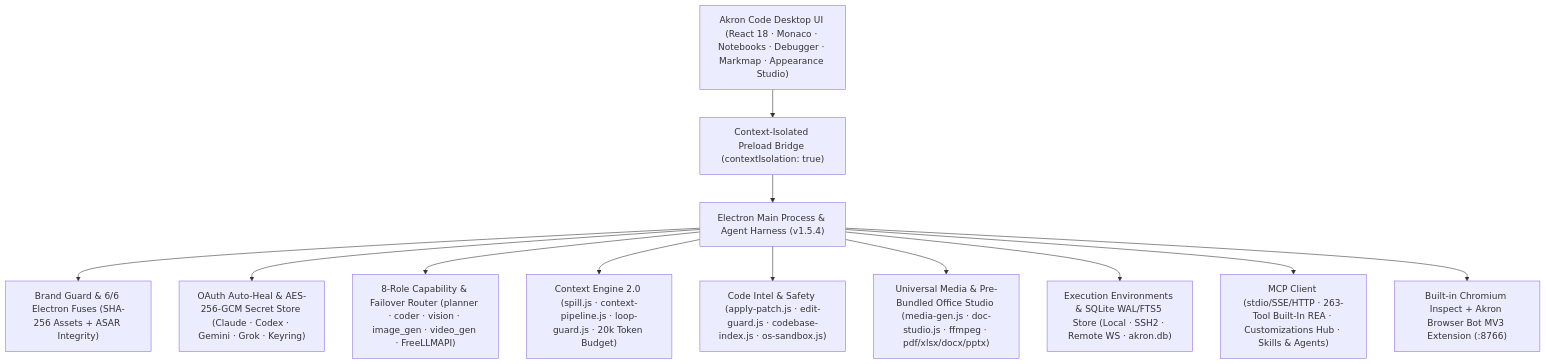
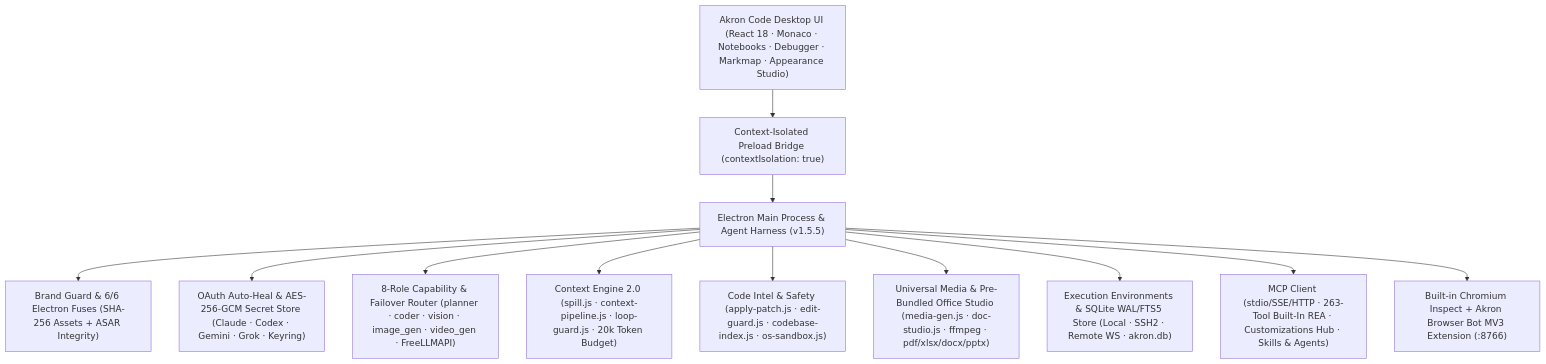
One commit to faysaliteng/akron-code changed the second of 3 diagrams in README.md. Above: the diagram before and after it, drawn with Mermaid. The commit also changed other lines of this file and 14 other files, not shown here.

````diff
--- a/README.md
+++ b/README.md
@@ -145,15 +145,15 @@
 ```mermaid
 flowchart TD
   UI["Akron Code Desktop UI (React 18 · Monaco · Notebooks · Debugger · Markmap · Appearance Studio)"] --> Preload["Context-Isolated Preload Bridge (contextIsolation: true)"]
-  Preload --> Main["Electron Main Process & Agent Harness (v1.5.4)"]
+  Preload --> Main["Electron Main Process & Agent Harness (v1.5.5)"]
 
   Main --> Brand["Brand Guard & 6/6 Electron Fuses (SHA-256 Assets + ASAR Integrity)"]
   Main --> Auth["OAuth Auto-Heal & AES-256-GCM Secret Store (Claude · Codex · Gemini · Grok · Keyring)"]
   Main --> Router["8-Role Capability & Failover Router (planner · coder · vision · image_gen · video_gen · FreeLLMAPI)"]
   Main --> Context["Context Engine 2.0 (spill.js · context-pipeline.js · loop-guard.js · 20k Token Budget)"]
   Main --> Intel["Code Intel & Safety (apply-patch.js · edit-guard.js · codebase-index.js · os-sandbox.js)"]
   Main --> Studio["Universal Media & Pre-Bundled Office Studio (media-gen.js · doc-studio.js · ffmpeg · pdf/xlsx/docx/pptx)"]
   Main --> Envs["Execution Environments & SQLite WAL/FTS5 Store (Local · SSH2 · Remote WS · akron.db)"]
   Main --> Ext["MCP Client (stdio/SSE/HTTP · 263-Tool Built-In REA · Customizations Hub · Skills & Agents)"]
   Main --> Bridge["Built-in Chromium Inspect + Akron Browser Bot MV3 Extension (:8766)"]
 ```
````
